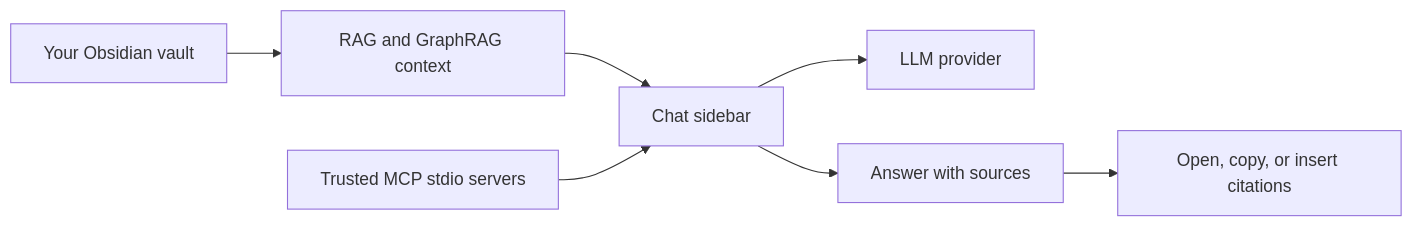
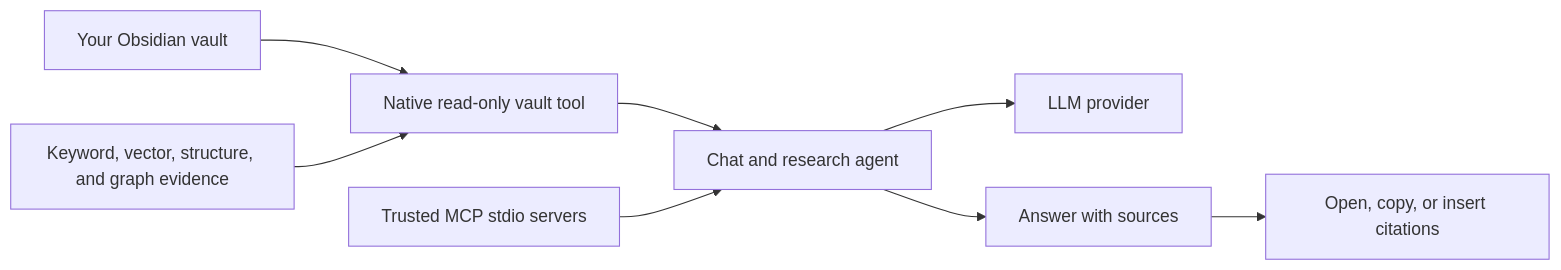
The diagram in README.md (magnitus99/Superpower-Inside), drawn with Mermaid before and after one commit. The commit also changed other lines of this file, not shown here.

First line of the commit message:
docs: describe the native vault research workflow

````diff
--- a/README.md
+++ b/README.md
@@ -26,9 +27,10 @@
 ```mermaid
 flowchart LR
-    A["Your Obsidian vault"] --> B["RAG and GraphRAG context"]
-    C["Chat sidebar"] --> D["LLM provider"]
+    A["Your Obsidian vault"] --> B["Native read-only vault tool"]
+    C["Chat and research agent"] --> D["LLM provider"]
     B --> C
-    E["Trusted MCP stdio servers"] --> C
-    C --> F["Answer with sources"]
-    F --> G["Open, copy, or insert citations"]
+    E["Keyword, vector, structure, and graph evidence"] --> B
+    F["Trusted MCP stdio servers"] --> C
+    C --> G["Answer with sources"]
+    G --> H["Open, copy, or insert citations"]
 ```
````
